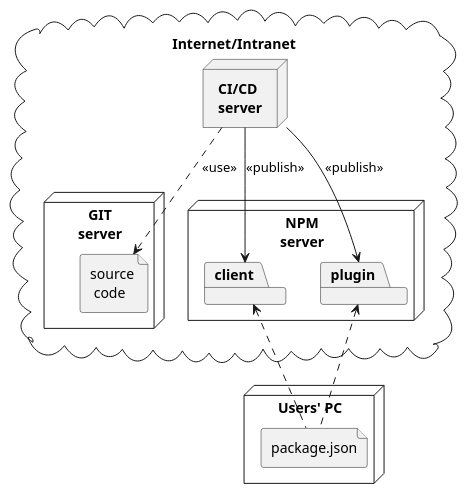
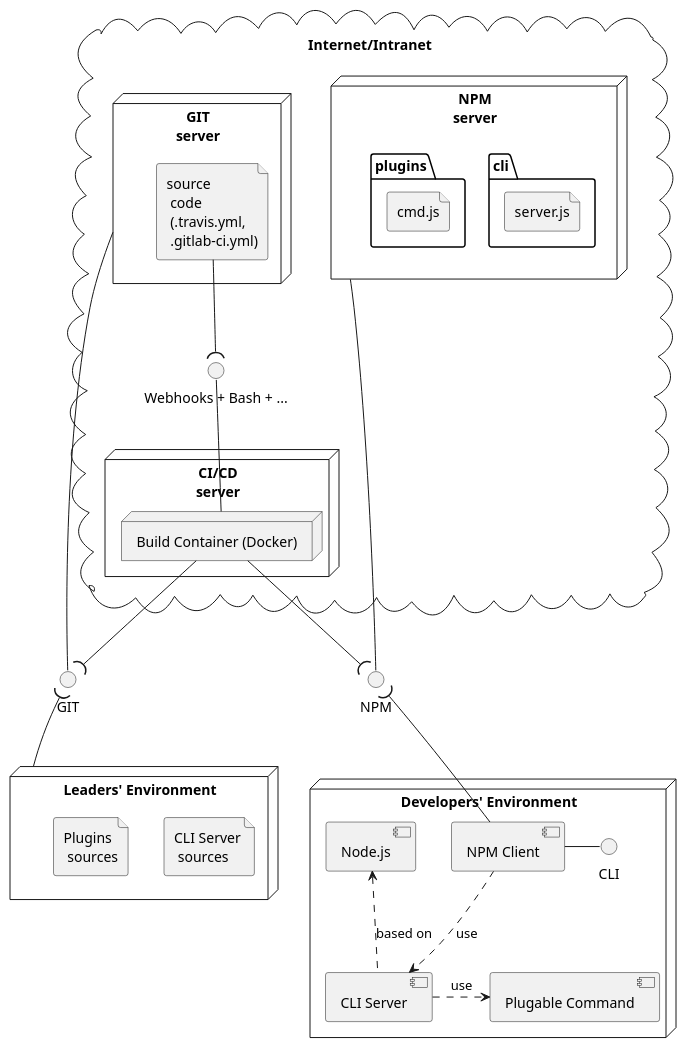
Before and after one commit to imazzine/design: the diagram in uml/cli/deployment.puml, drawn with PlantUML. The commit also changed 3 other files, not shown here.

```diff
--- a/uml/cli/deployment.puml
+++ b/uml/cli/deployment.puml
@@ -1,21 +1,47 @@
 @startuml
 cloud "Internet/Intranet" {
-    node "GIT\nserver" {
-        file "source \n code" as sources
+    node "GIT\nserver" as gitServer {
+        file "source \n code \n (.travis.yml, \n .gitlab-ci.yml)" as SourceCode
     }
-    node "<b>CI/CD</b>\n<b>server</b>" as ci {
+    node "<b>CI/CD</b>\n<b>server</b>" as ciServer {
+        node "Build Container (Docker)" as ciBuildNode
     }
-    node "NPM\nserver" {
-        package client
-        package plugin
+    node "NPM\nserver" as npmServer  {
+        package cli {
+            file "server.js"
+        }
+        package plugins {
+            file "cmd.js"
+        }
     }
-    ci ..> sources: <<use>>
-    ci --> client: <<publish>>
-    ci --> plugin: <<publish>>
+    interface "Webhooks + Bash + ..." as BashInterface
+
+    SourceCode --( BashInterface
+    BashInterface -- ciBuildNode
 }
-node "Users' PC" as pc {
-    file "package.json" as npm
+interface "GIT" as gitInterface
+interface "NPM" as npmInterface
+
+gitServer -- gitInterface
+ciBuildNode --( gitInterface
+npmServer -- npmInterface
+ciBuildNode --( npmInterface
+
+node "Leaders' Environment" as devPC {
+    file "CLI Server \n sources"
+    file "Plugins \n sources"
 }
-client <.. npm
-plugin <.. npm
+node "Developers' Environment" as userPC {
+    component "NPM Client" as npmClient
+    component "Node.js" as nodejs
+    component "CLI Server" as CLIServer
+    component "Plugable Command" as Plugin
+    interface CLI
+    nodejs <.. CLIServer: based on
+    npmClient ..> CLIServer: use
+    CLIServer .> Plugin: use
+    npmClient - CLI
+}
+gitInterface )-- devPC
+npmInterface )-- npmClient
 @enduml
```
